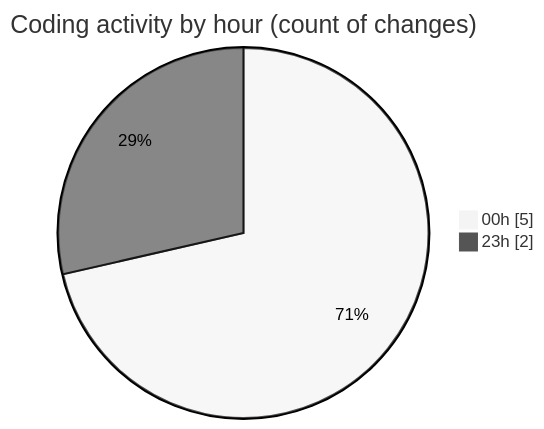
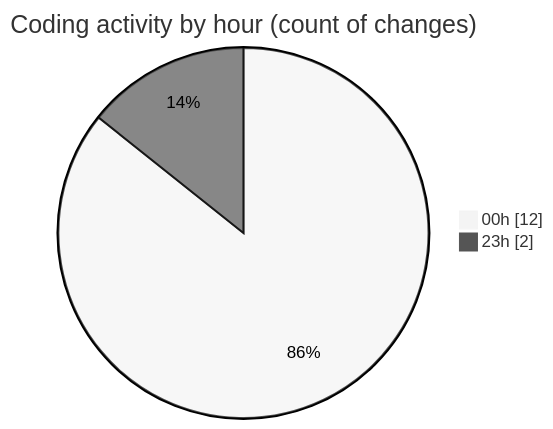
Before and after one commit to BS-eng2023/code-tracking: the second of 2 diagrams in 2025-03-24/aufgabe_250321/README.md, drawn with Mermaid (neutral theme). The commit also changed other lines of this file and 1 other file, not shown here.

````diff
--- a/2025-03-24/aufgabe_250321/README.md
+++ b/2025-03-24/aufgabe_250321/README.md
@@ -29,6 +32,6 @@
 ```mermaid
 pie showData
 title Coding activity by hour (count of changes)
-"00h" : 5
+"00h" : 12
 "23h" : 2
 ```
````
